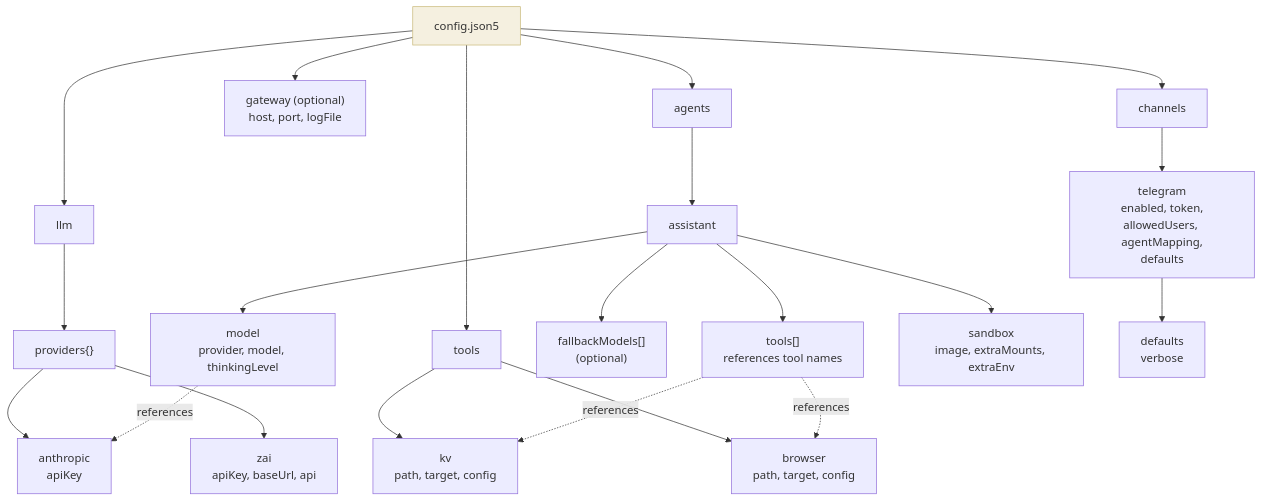
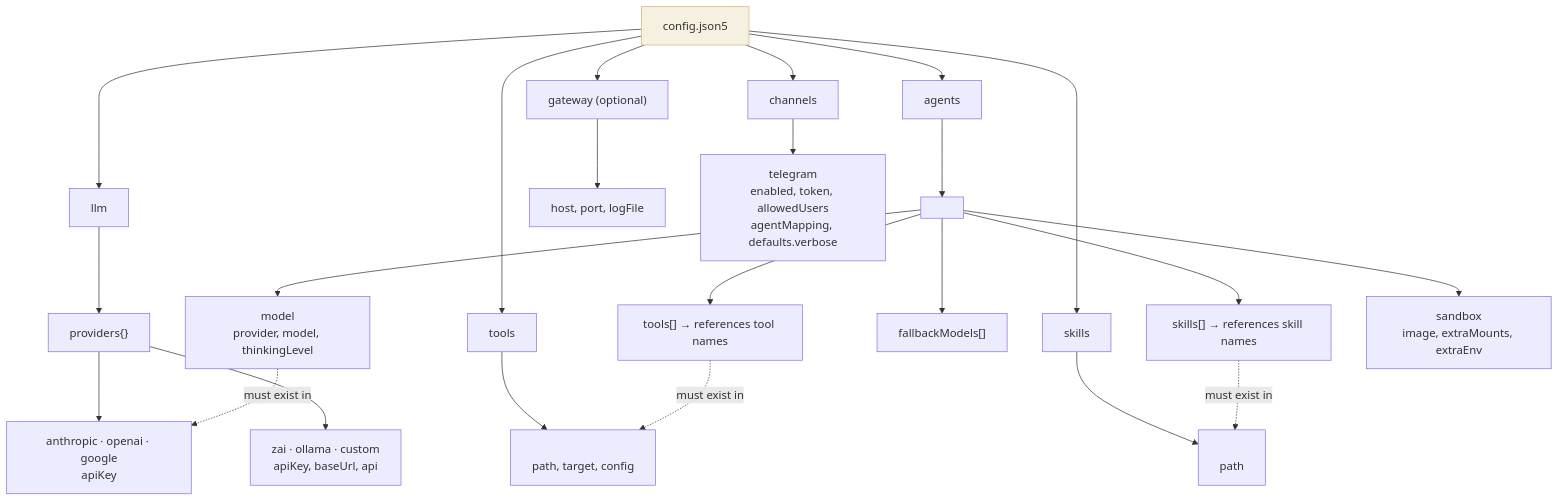
One commit to matthias-hausberger/beige changed the diagram in docs/agents/configuration.mdx. Above: the diagram before and after it, drawn with Mermaid. The commit also changed other lines of this file and 4 other files, not shown here.

````diff
--- a/docs/agents/configuration.mdx
+++ b/docs/agents/configuration.mdx
@@ -175,30 +204,34 @@
 ```mermaid
 graph TD
     CONFIG[config.json5] --> LLM[llm]
     CONFIG --> TOOLS[tools]
+    CONFIG --> SKILLS[skills]
     CONFIG --> AGENTS[agents]
-    CONFIG --> GW["gateway (optional)<br/>host, port, logFile"]
+    CONFIG --> GW["gateway (optional)"]
     CONFIG --> CHANNELS[channels]
 
     LLM --> PROVIDERS["providers{}"]
-    PROVIDERS --> P1["anthropic<br/>apiKey"]
-    PROVIDERS --> P2["zai<br/>apiKey, baseUrl, api"]
+    PROVIDERS --> P1["anthropic · openai · google<br/>apiKey"]
+    PROVIDERS --> P2["zai · ollama · custom<br/>apiKey, baseUrl, api"]
 
-    TOOLS --> T1["kv<br/>path, target, config"]
-    TOOLS --> T2["browser<br/>path, target, config"]
+    TOOLS --> T1["<name><br/>path, target, config"]
 
-    AGENTS --> A1["assistant"]
+    SKILLS --> S1["<name><br/>path"]
+
+    AGENTS --> A1["<name>"]
     A1 --> MODEL["model<br/>provider, model, thinkingLevel"]
-    A1 --> FALLBACK["fallbackModels[]<br/>(optional)"]
-    A1 --> ATOOLS["tools[]<br/>references tool names"]
+    A1 --> FALLBACK["fallbackModels[]"]
+    A1 --> ATOOLS["tools[] → references tool names"]
+    A1 --> ASKILLS["skills[] → references skill names"]
     A1 --> SANDBOX["sandbox<br/>image, extraMounts, extraEnv"]
 
-    CHANNELS --> TELEGRAM["telegram<br/>enabled, token,<br/>allowedUsers, agentMapping,<br/>defaults"]
-    TELEGRAM --> TGDEFAULTS["defaults<br/>verbose"]
+    GW --> GWFIELDS["host, port, logFile"]
 
-    ATOOLS -.->|references| T1
-    ATOOLS -.->|references| T2
-    MODEL -.->|references| P1
+    CHANNELS --> TELEGRAM["telegram<br/>enabled, token, allowedUsers<br/>agentMapping, defaults.verbose"]
+
+    ATOOLS -.->|must exist in| T1
+    ASKILLS -.->|must exist in| S1
+    MODEL -.->|must exist in| P1
 
     style CONFIG fill:#f5f0e0,stroke:#c9b97a
 ```
````
